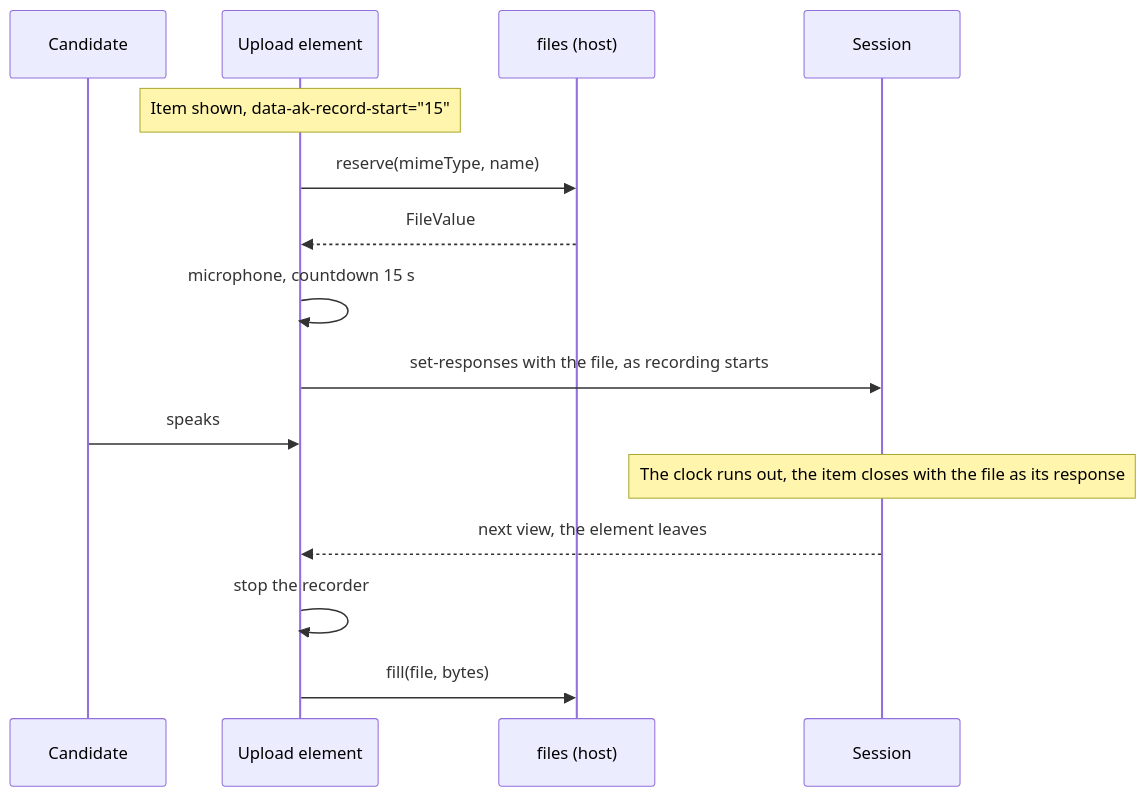
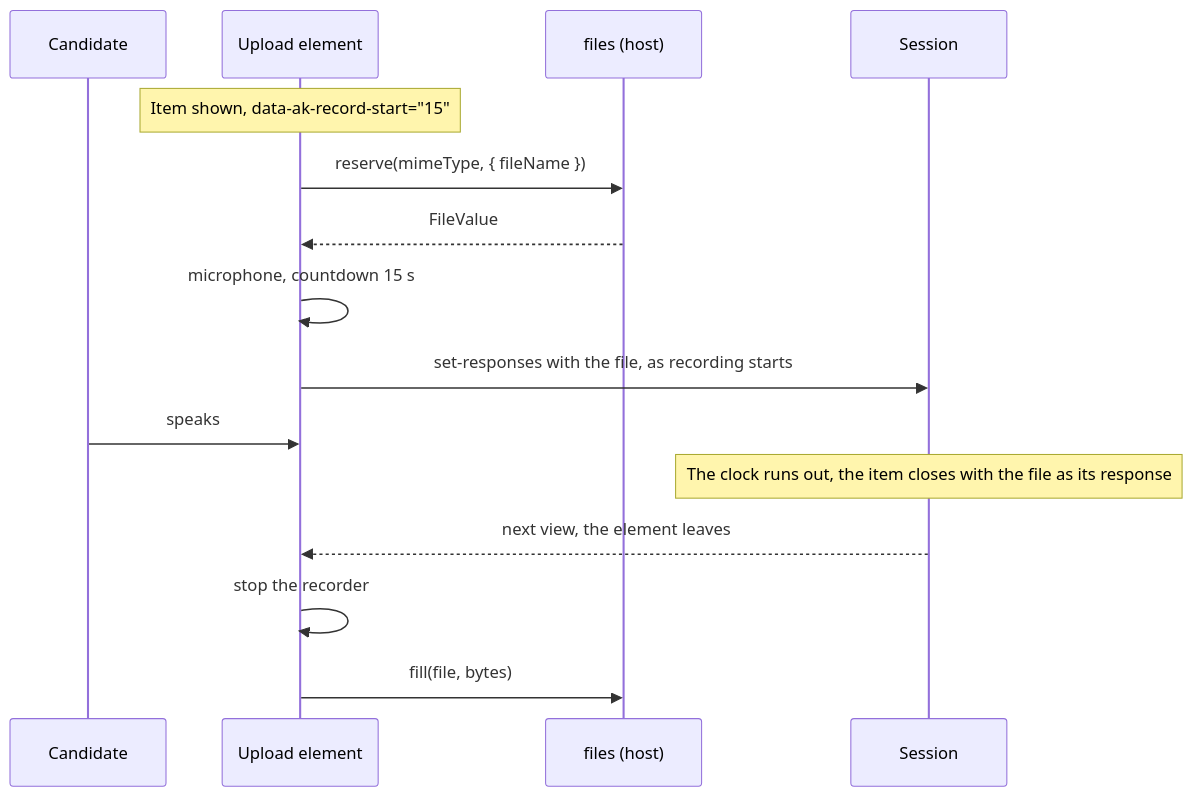
The second of 2 diagrams in docs/player/interactions.md (assesskit/assesskit), drawn with Mermaid before and after one commit. The commit also changed other lines of this file and 34 other files, not shown here.

````diff
--- a/docs/player/interactions.md
+++ b/docs/player/interactions.md
@@ -249,17 +249,17 @@
 ```mermaid
 sequenceDiagram
   participant C as Candidate
   participant E as Upload element
   participant F as files (host)
   participant H as Session
   Note over E: Item shown, data-ak-record-start="15"
-  E->>F: reserve(mimeType, name)
+  E->>F: reserve(mimeType, { fileName })
   F-->>E: FileValue
   E->>E: microphone, countdown 15 s
   E->>H: set-responses with the file, as recording starts
   C->>E: speaks
   Note over H: The clock runs out, the item closes with the file as its response
   H-->>E: next view, the element leaves
   E->>E: stop the recorder
   E->>F: fill(file, bytes)
 ```
````
